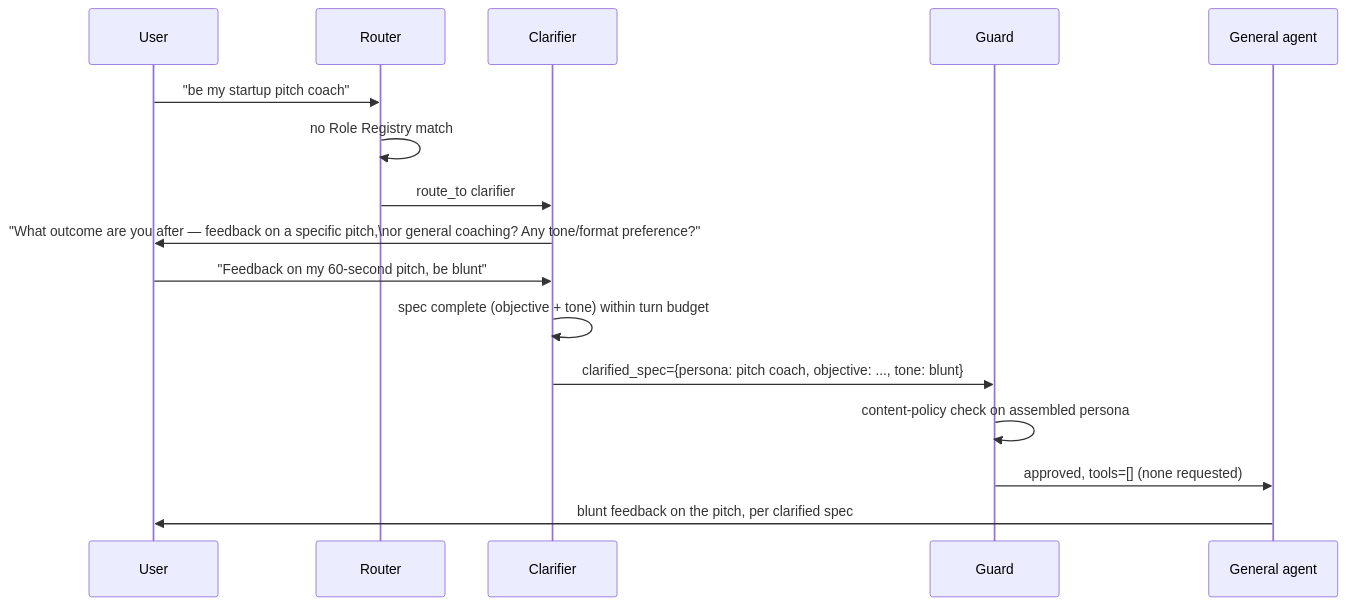
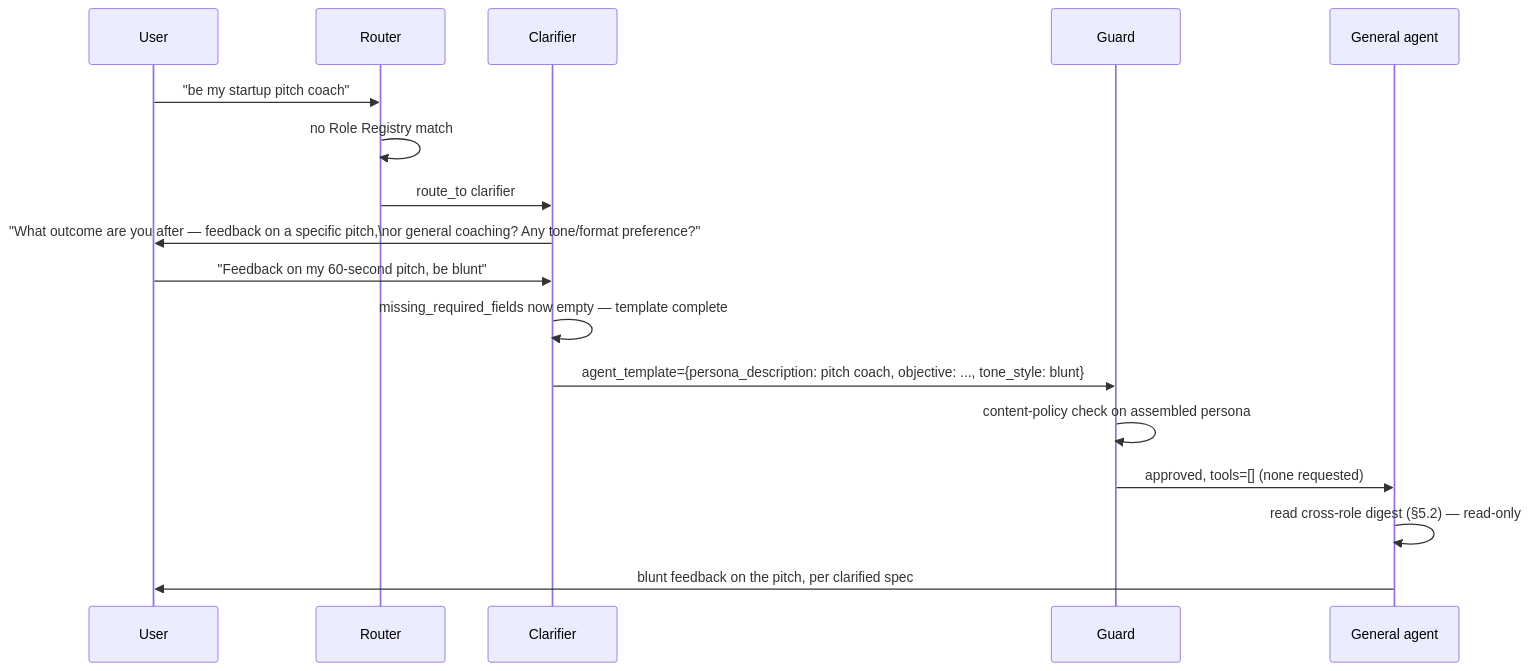
Before and after one commit to thangbm/babata2: the fourth of 5 diagrams in architecture/brain-architecture.md, drawn with Mermaid. The commit also changed other lines of this file and 17 other files, not shown here.

````diff
--- a/architecture/brain-architecture.md
+++ b/architecture/brain-architecture.md
@@ -398,19 +789,20 @@
 ```mermaid
 sequenceDiagram
     participant U as User
     participant Rt as Router
     participant Cl as Clarifier
     participant G as Guard
     participant GA as General agent
 
     U->>Rt: "be my startup pitch coach"
     Rt->>Rt: no Role Registry match
     Rt->>Cl: route_to clarifier
     Cl->>U: "What outcome are you after — feedback on a specific pitch,\nor general coaching? Any tone/format preference?"
     U->>Cl: "Feedback on my 60-second pitch, be blunt"
-    Cl->>Cl: spec complete (objective + tone) within turn budget
-    Cl->>G: clarified_spec={persona: pitch coach, objective: ..., tone: blunt}
+    Cl->>Cl: missing_required_fields now empty — template complete
+    Cl->>G: agent_template={persona_description: pitch coach, objective: ..., tone_style: blunt}
     G->>G: content-policy check on assembled persona
     G->>GA: approved, tools=[] (none requested)
+    GA->>GA: read cross-role digest (§5.2) — read-only
     GA->>U: blunt feedback on the pitch, per clarified spec
 ```
````
